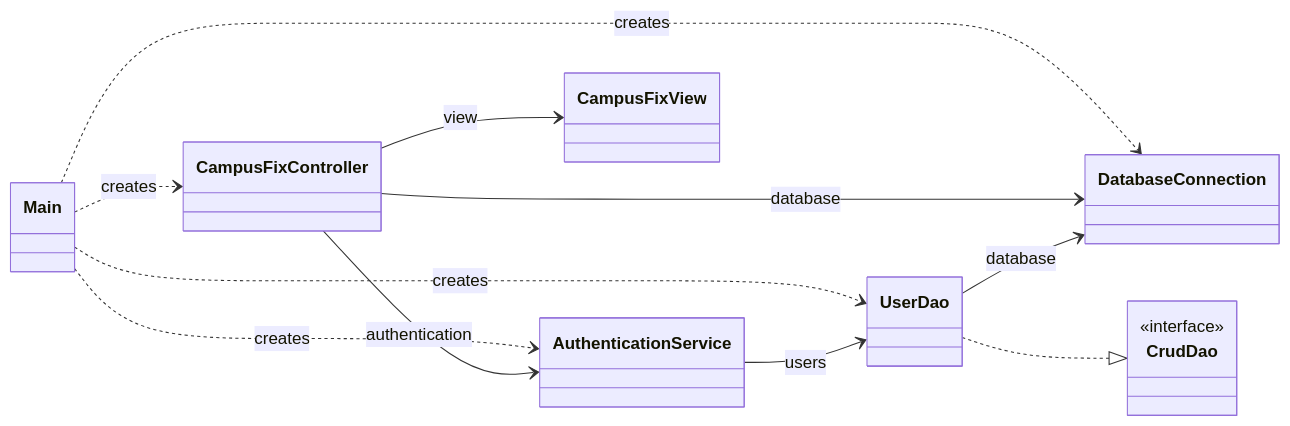
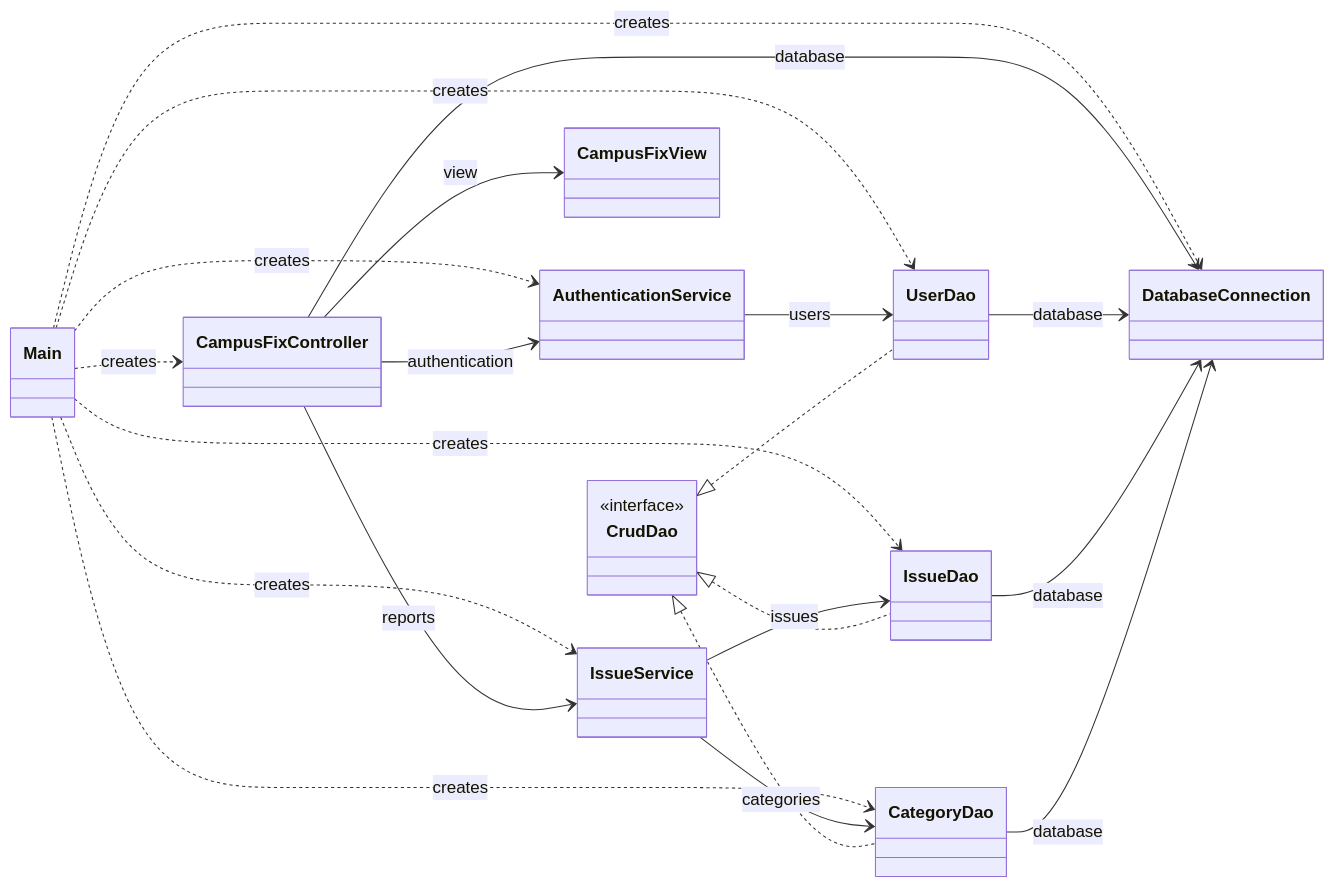
One commit to dfernq/inso-2026-2027-campus-fix changed the diagram in docs/java-desktop.md. Above: the diagram before and after it, drawn with Mermaid. The commit also changed other lines of this file and 12 other files, not shown here.

````diff
--- a/docs/java-desktop.md
+++ b/docs/java-desktop.md
@@ -31,17 +38,27 @@
 ```mermaid
 classDiagram
     direction LR
     class CrudDao {
         <<interface>>
     }
     Main ..> CampusFixController : creates
     Main ..> DatabaseConnection : creates
     Main ..> AuthenticationService : creates
     Main ..> UserDao : creates
+    Main ..> IssueService : creates
+    Main ..> IssueDao : creates
+    Main ..> CategoryDao : creates
     CampusFixController --> CampusFixView : view
     CampusFixController --> DatabaseConnection : database
     CampusFixController --> AuthenticationService : authentication
+    CampusFixController --> IssueService : reports
     AuthenticationService --> UserDao : users
+    IssueService --> IssueDao : issues
+    IssueService --> CategoryDao : categories
     UserDao --> DatabaseConnection : database
-    UserDao ..|> CrudDao
+    IssueDao --> DatabaseConnection : database
+    CategoryDao --> DatabaseConnection : database
+    CrudDao <|.. UserDao
+    CrudDao <|.. IssueDao
+    CrudDao <|.. CategoryDao
 ```
````
